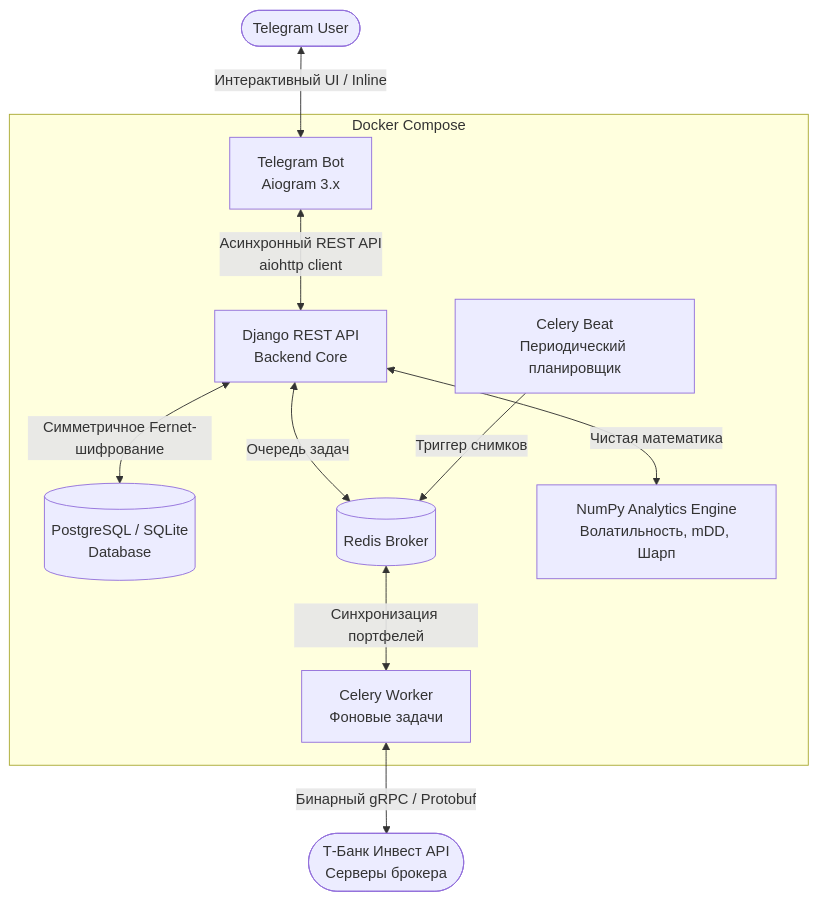
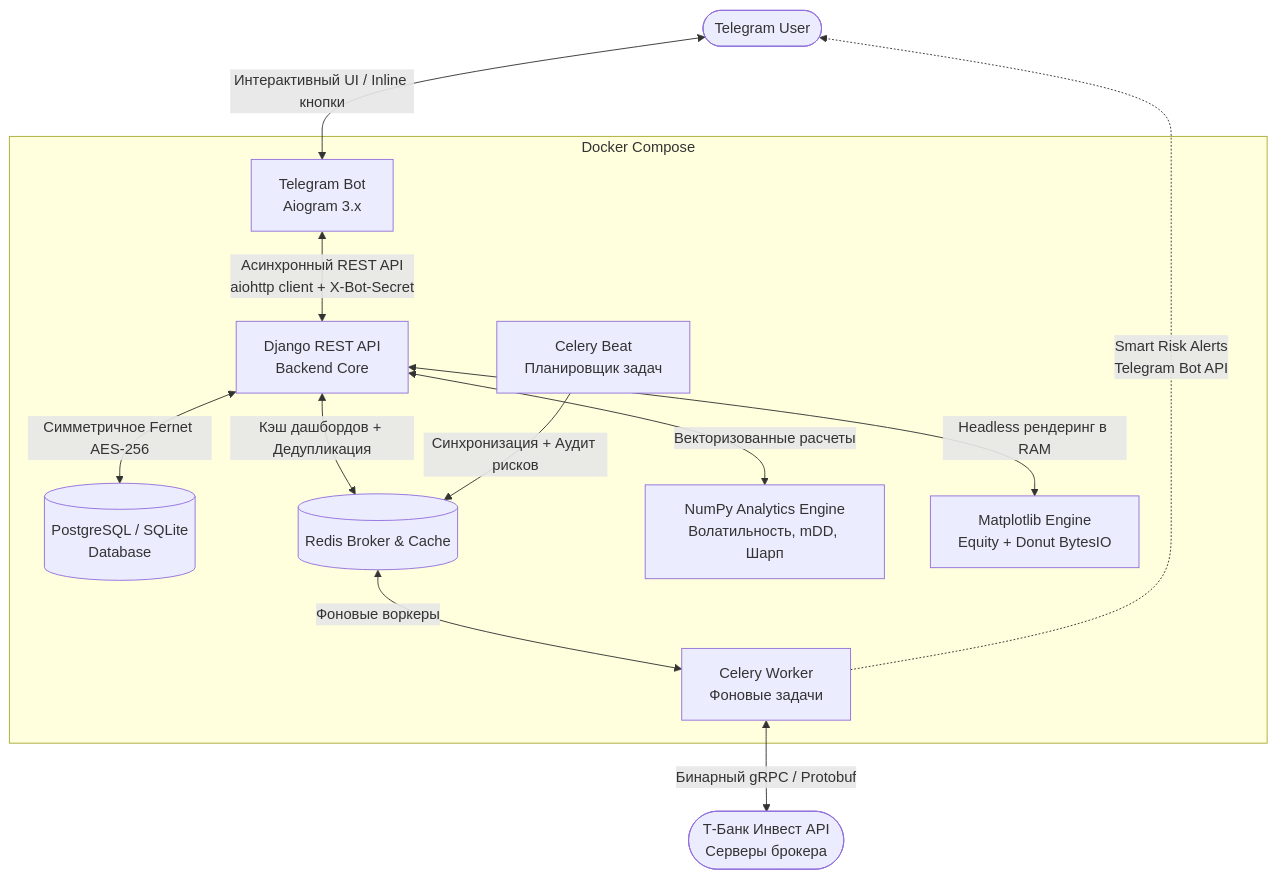
One commit to 31MaeStro13/T_INVEST changed the diagram in README.md. Above: the diagram before and after it, drawn with Mermaid. The commit also changed other lines of this file and 1 other file, not shown here.

Commit message:
docs: upgrade README.md with visual dashboard preview, architecture, and v1.1 roadmap

````diff
--- a/README.md
+++ b/README.md
@@ -32,18 +45,20 @@
 ```mermaid
 flowchart TD
-    User([Telegram User]) <-->|Интерактивный UI / Inline| Bot[Telegram Bot\nAiogram 3.x]
+    User([Telegram User]) <-->|Интерактивный UI / Inline кнопки| Bot[Telegram Bot\nAiogram 3.x]
     
     subgraph Core Infrastructure [Docker Compose]
-        Bot <-->|Асинхронный REST API\naiohttp client| API[Django REST API\nBackend Core]
+        Bot <-->|Асинхронный REST API\naiohttp client + X-Bot-Secret| API[Django REST API\nBackend Core]
         
-        API <-->|Симметричное Fernet-шифрование| DB[(PostgreSQL / SQLite\nDatabase)]
-        API <-->|Очередь задач| Redis[(Redis Broker)]
+        API <-->|Симметричное Fernet AES-256| DB[(PostgreSQL / SQLite\nDatabase)]
+        API <-->|Кэш дашбордов + Дедупликация| Redis[(Redis Broker & Cache)]
         
-        Beat[Celery Beat\nПериодический планировщик] -->|Триггер снимков| Redis
-        Redis <-->|Синхронизация портфелей| Worker[Celery Worker\nФоновые задачи]
+        Beat[Celery Beat\nПланировщик задач] -->|Синхронизация + Аудит рисков| Redis
+        Redis <-->|Фоновые воркеры| Worker[Celery Worker\nФоновые задачи]
         
-        API <-->|Чистая математика| Engine[NumPy Analytics Engine\nВолатильность, mDD, Шарп]
+        API <-->|Векторизованные расчеты| Engine[NumPy Analytics Engine\nВолатильность, mDD, Шарп]
+        API <-->|Headless рендеринг в RAM| Charts[Matplotlib Engine\nEquity + Donut BytesIO]
     end
     
     Worker <-->|Бинарный gRPC / Protobuf| TBank([Т-Банк Инвест API\nСерверы брокера])
+    Worker -.->|Smart Risk Alerts\nTelegram Bot API| User
 ```
````
